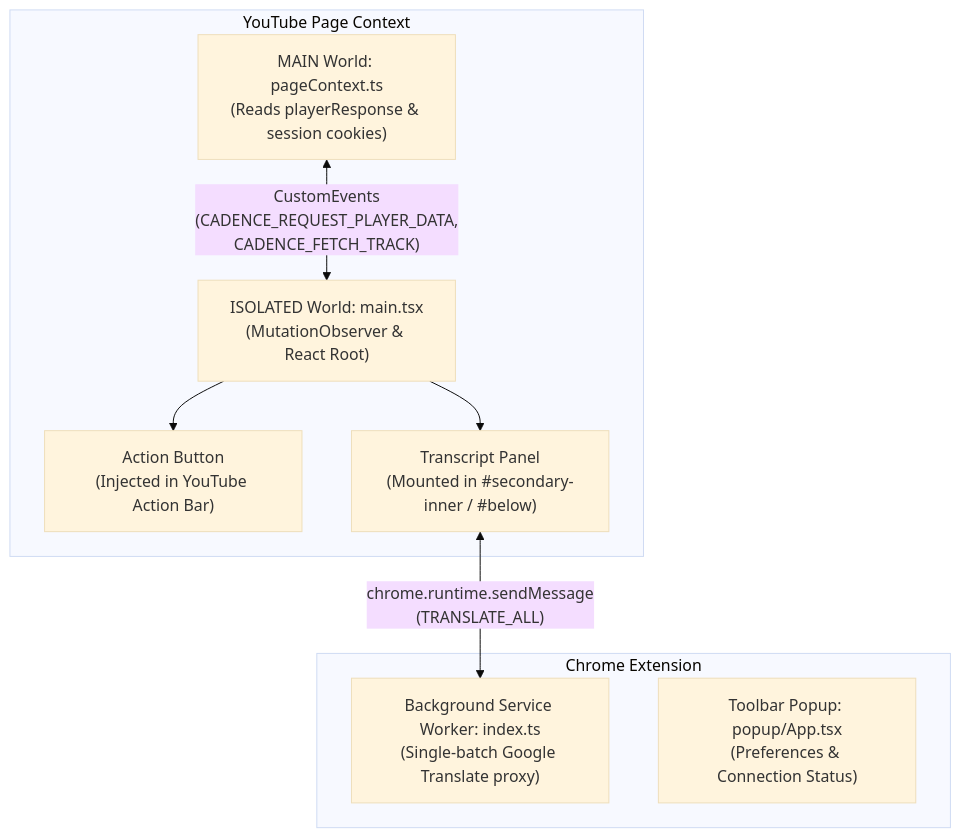
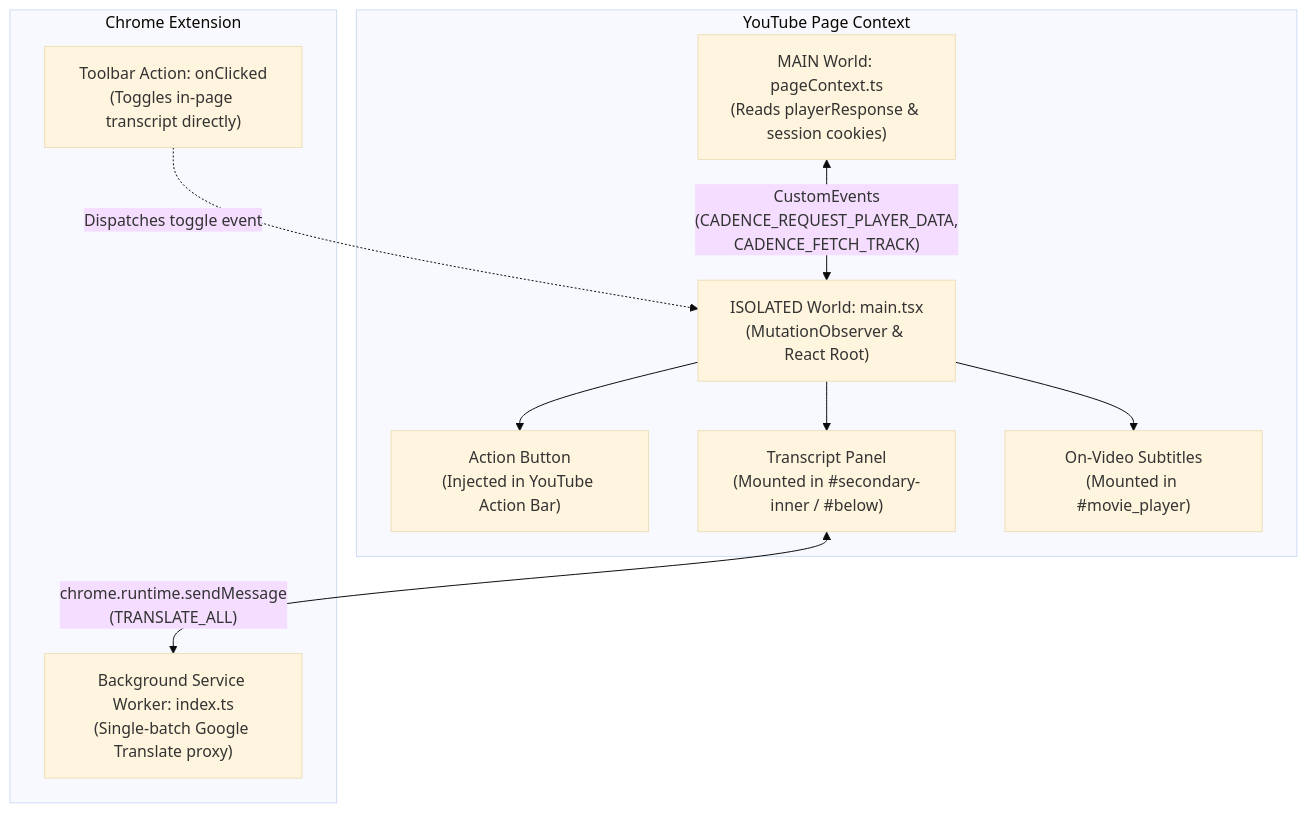
The diagram in README.md (ichshakib/cadence), drawn with Mermaid (base theme) before and after one commit. The commit also changed other lines of this file and 4 other files, not shown here.

Commit message:
docs: update README, contributing guidelines, templates, and release workflow for video overlay

````diff
--- a/README.md
+++ b/README.md
@@ -108,19 +115,22 @@
 ```mermaid
 flowchart TD
     subgraph YouTube Page Context
         MainWorld["MAIN World: pageContext.ts<br/>(Reads playerResponse & session cookies)"]
         IsolatedWorld["ISOLATED World: main.tsx<br/>(MutationObserver & React Root)"]
         ActionButton["Action Button<br/>(Injected in YouTube Action Bar)"]
         TranscriptCard["Transcript Panel<br/>(Mounted in #secondary-inner / #below)"]
+        VideoOverlay["On-Video Subtitles<br/>(Mounted in #movie_player)"]
     end
 
     subgraph Chrome Extension
         BG["Background Service Worker: index.ts<br/>(Single-batch Google Translate proxy)"]
-        Popup["Toolbar Popup: popup/App.tsx<br/>(Preferences & Connection Status)"]
+        Action["Toolbar Action: onClicked<br/>(Toggles in-page transcript directly)"]
     end
 
     MainWorld <-->|"CustomEvents<br/>(CADENCE_REQUEST_PLAYER_DATA,<br/>CADENCE_FETCH_TRACK)"| IsolatedWorld
     IsolatedWorld --> ActionButton
     IsolatedWorld --> TranscriptCard
+    IsolatedWorld --> VideoOverlay
+    Action -.->|"Dispatches toggle event"| IsolatedWorld
     TranscriptCard <-->|"chrome.runtime.sendMessage<br/>(TRANSLATE_ALL)"| BG
 ```
````
